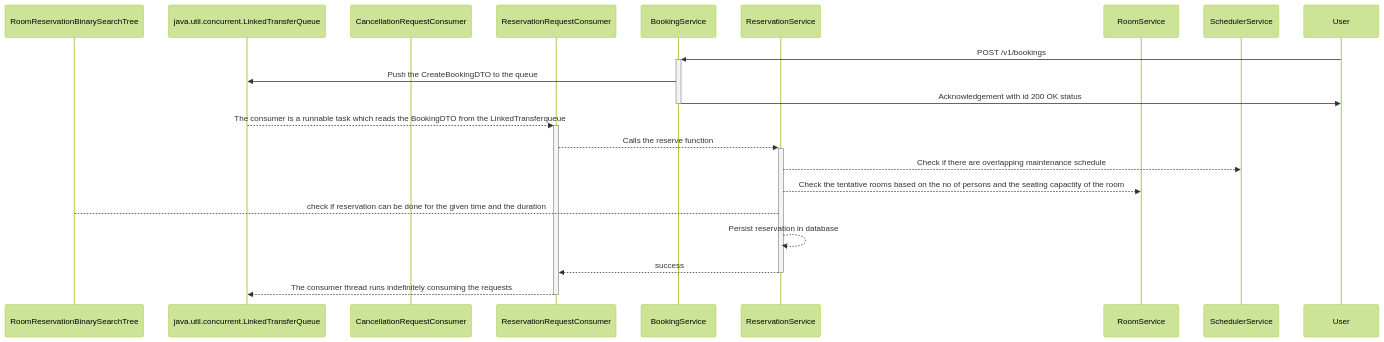
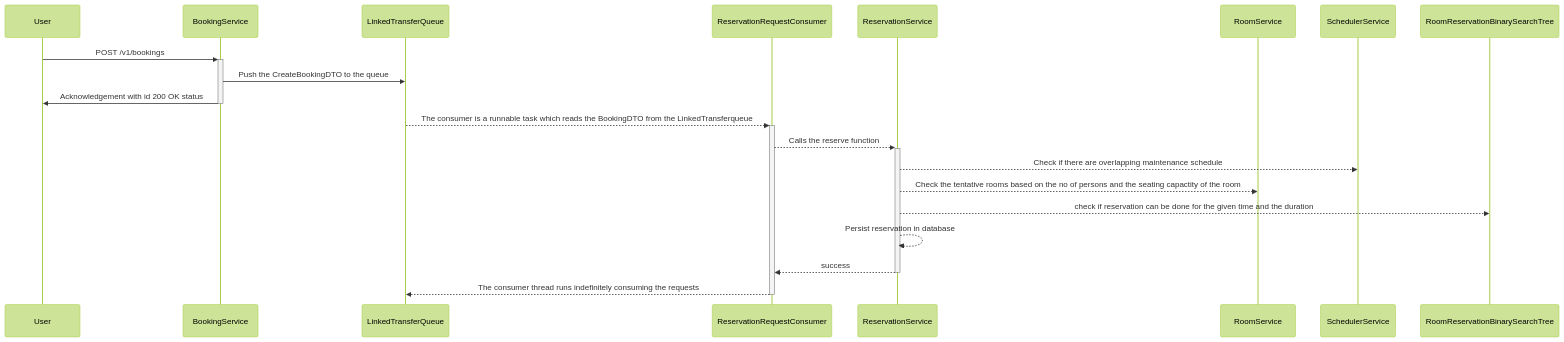
One commit to shobhakamath/conference-booking-service changed the diagram in README.md. Above: the diagram before and after it, drawn with Mermaid (forest theme). The commit also changed other lines of this file and 1 other file, not shown here.

Commit message:
mindmap and sequence diagram README.md

````diff
--- a/README.md
+++ b/README.md
@@ -68,25 +52,26 @@
 ```mermaid
 sequenceDiagram
-    participant RoomReservationBinarySearchTree
-    participant ConcurrentQueue as  java.util.concurrent.LinkedTransferQueue
-    participant CancellationRequestConsumer
+    participant User
+    participant BookingService
+    participant ConcurrentQueue as LinkedTransferQueue
     participant ReservationRequestConsumer
-    participant BookingService
     participant ReservationService
     participant RoomService
     participant SchedulerService
-    participant User
+    participant RoomReservationBinarySearchTree
+
+    
     
     User->>+BookingService: POST /v1/bookings
         BookingService->>ConcurrentQueue: Push the CreateBookingDTO to the queue
     BookingService->>-User: Acknowledgement with id 200 OK status
     ConcurrentQueue-->>+ReservationRequestConsumer: The consumer is a runnable task which reads the BookingDTO from the LinkedTransferqueue
     ReservationRequestConsumer-->>+ReservationService: Calls the reserve function
         ReservationService-->>SchedulerService: Check if there are overlapping maintenance schedule
         ReservationService-->>RoomService: Check the tentative rooms based on the no of persons and the seating capactity of the room
-        ReservationService-->RoomReservationBinarySearchTree: check if reservation can be done for the given time and the duration
+        ReservationService-->>RoomReservationBinarySearchTree: check if reservation can be done for the given time and the duration
         ReservationService-->>ReservationService: Persist reservation in database
     ReservationService-->>-ReservationRequestConsumer: success
     ReservationRequestConsumer-->>-ConcurrentQueue: The consumer thread runs indefinitely consuming the requests
     
 ```
````
